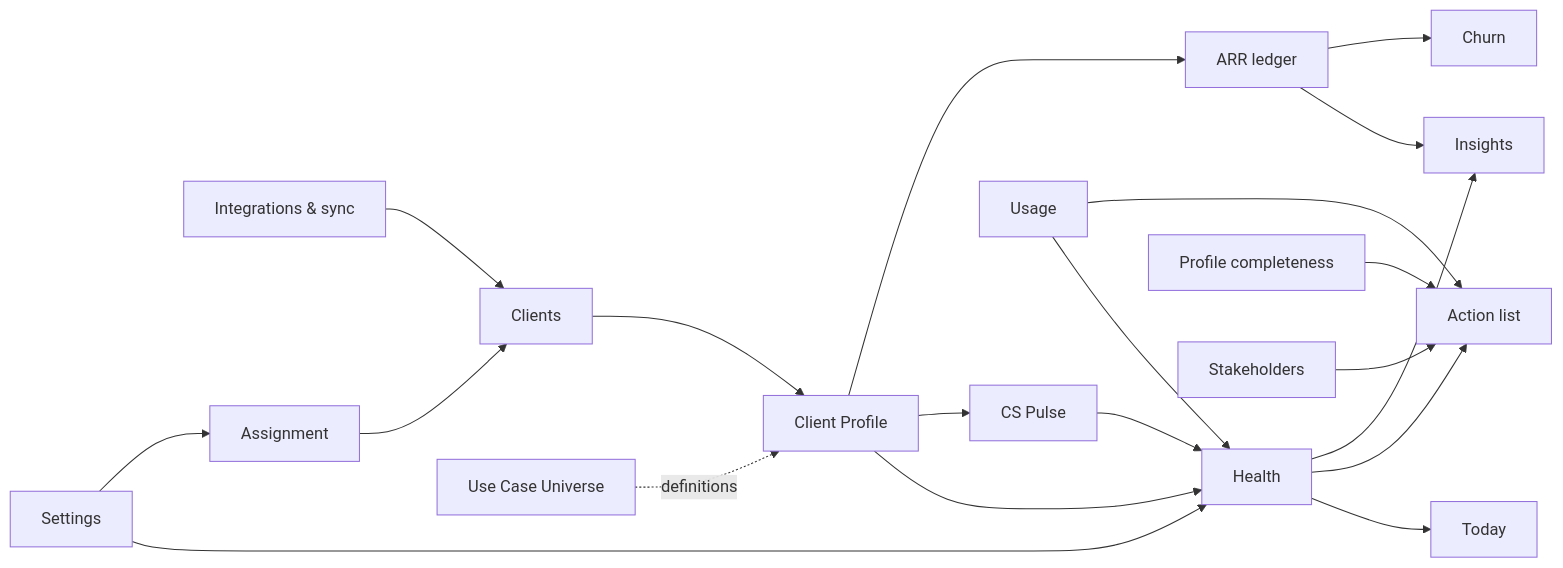
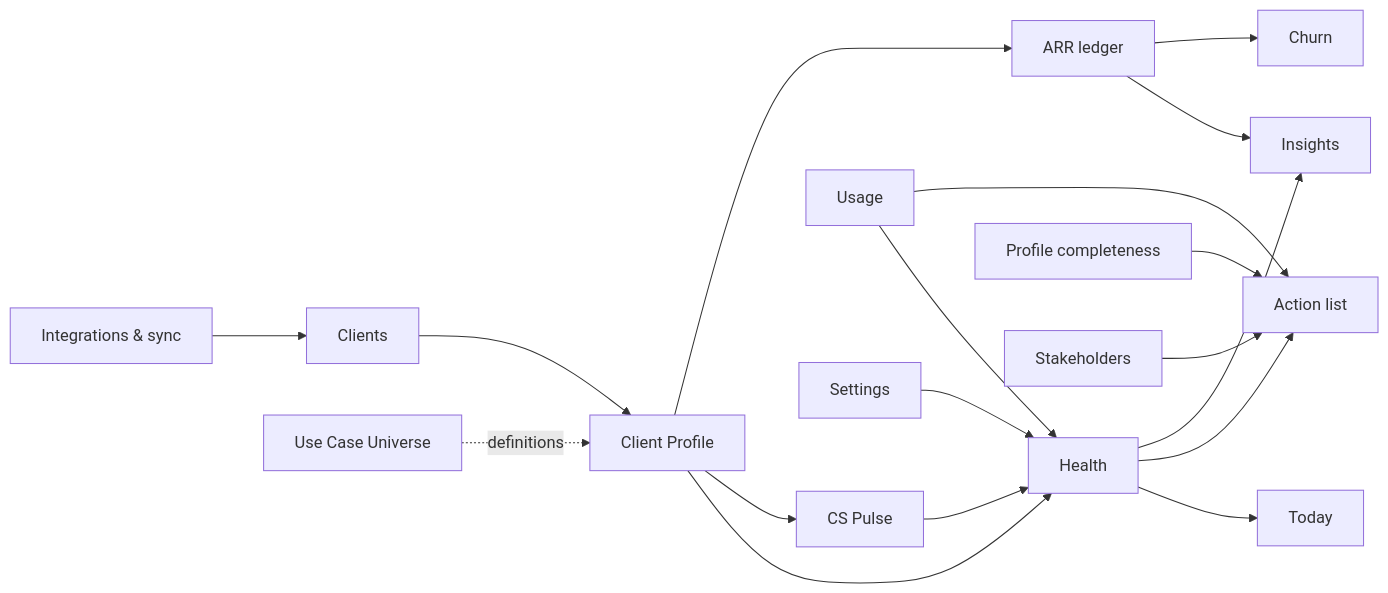
The diagram in docs/PRODUCT_MAP.md (RwenyLumofy/CSM-DASHBOARD), drawn with Mermaid before and after one commit. The commit also changed other lines of this file and 68 other files, not shown here.

````diff
--- a/docs/PRODUCT_MAP.md
+++ b/docs/PRODUCT_MAP.md
@@ -187,22 +214,20 @@
 ```mermaid
 flowchart LR
   Sync[Integrations & sync] --> Clients
   Clients --> Profile[Client Profile]
   Profile --> Health
   Profile --> Pulse[CS Pulse]
   Pulse --> Health
   Health --> Today
   Health --> ActionList[Action list]
   Health --> Insights
   Profile --> ARR[ARR ledger]
   ARR --> Insights
   ARR --> Churn
   Completeness[Profile completeness] --> ActionList
   Usage --> Health
   Usage --> ActionList
   Stakeholders --> ActionList
   UCU[Use Case Universe] -.definitions.-> Profile
   Settings --> Health
-  Settings --> Assignment
-  Assignment --> Clients
 ```
````
